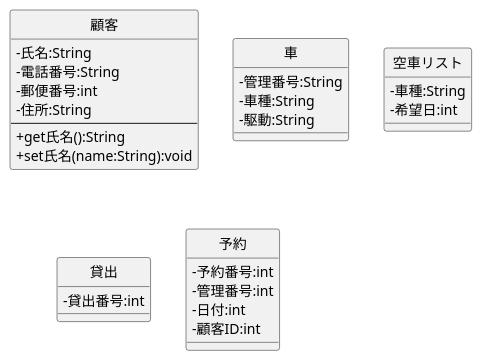
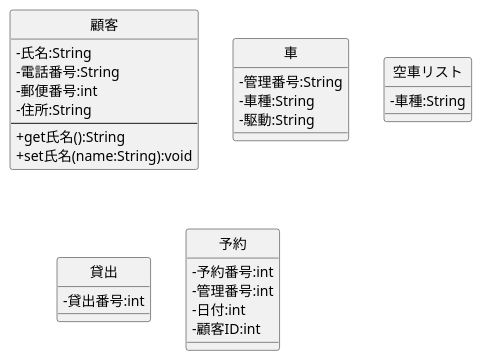
Before and after one commit to chibachibaibu2003/laughing-carnival: the diagram in 3/例題3-1_CL_車両貸出システム.pu, drawn with PlantUML.

Commit message:
例題３の修正

```diff
--- a/3/例題3-1_CL_車両貸出システム.pu
+++ b/3/例題3-1_CL_車両貸出システム.pu
@@ -1,36 +1,35 @@
 @startuml ユースケース
     skinparam classAttributeIconSize 0
     class 顧客{
         -氏名:String
         -電話番号:String
         -郵便番号:int
         -住所:String
         ---
         +get氏名():String
         +set氏名(name:String):void
     }
     class 車{
         -管理番号:String
         -車種:String
         -駆動:String
     }
     class 空車リスト{
         -車種:String
-        -希望日:int
     }
 
     class 貸出{
         -貸出番号:int
     }
     class 予約{
         -予約番号:int
         -管理番号:int
         -日付:int
         -顧客ID:int
     }
     hide 顧客 circle
     hide 車 circle
     hide 空車リスト circle
     hide 貸出 circle
     hide 予約 circle
 @enduml
```
